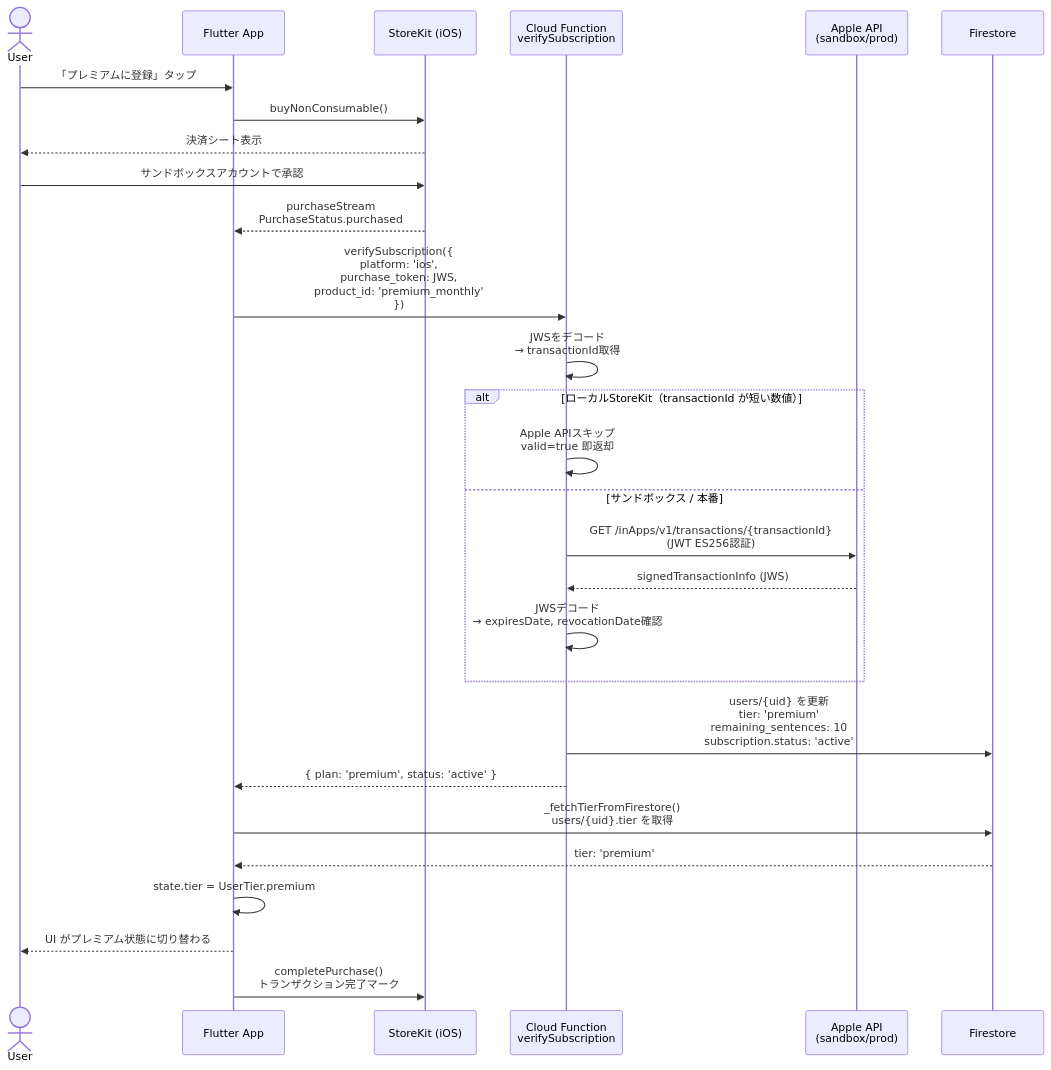
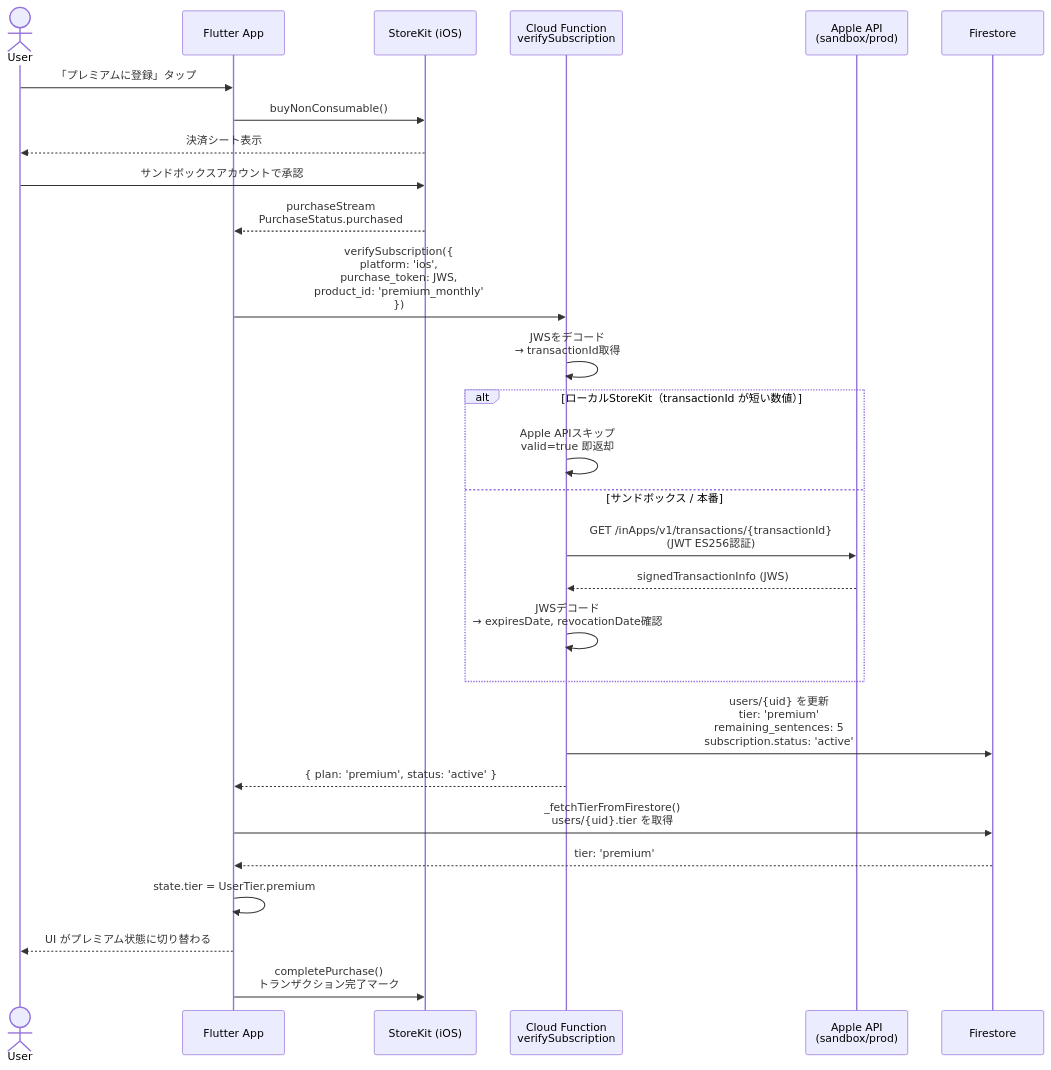
The diagram in docs/subscription_flow.md (mnbst/thai-memo), drawn with Mermaid before and after one commit. The commit also changed other lines of this file and 14 other files, not shown here.

````diff
--- a/docs/subscription_flow.md
+++ b/docs/subscription_flow.md
@@ -5,39 +5,39 @@
 ```mermaid
 sequenceDiagram
     actor User
     participant App as Flutter App
     participant StoreKit as StoreKit (iOS)
     participant CF as Cloud Function<br/>verifySubscription
     participant Apple as Apple API<br/>(sandbox/prod)
     participant FS as Firestore
 
     User->>App: 「プレミアムに登録」タップ
     App->>StoreKit: buyNonConsumable()
     StoreKit-->>User: 決済シート表示
     User->>StoreKit: サンドボックスアカウントで承認
 
     StoreKit-->>App: purchaseStream<br/>PurchaseStatus.purchased
 
     App->>CF: verifySubscription({<br/>  platform: 'ios',<br/>  purchase_token: JWS,<br/>  product_id: 'premium_monthly'<br/>})
 
     CF->>CF: JWSをデコード<br/>→ transactionId取得
 
     alt ローカルStoreKit（transactionId が短い数値）
         CF->>CF: Apple APIスキップ<br/>valid=true 即返却
     else サンドボックス / 本番
         CF->>Apple: GET /inApps/v1/transactions/{transactionId}<br/>(JWT ES256認証)
         Apple-->>CF: signedTransactionInfo (JWS)
         CF->>CF: JWSデコード<br/>→ expiresDate, revocationDate確認
     end
 
-    CF->>FS: users/{uid} を更新<br/>tier: 'premium'<br/>remaining_sentences: 10<br/>subscription.status: 'active'
+    CF->>FS: users/{uid} を更新<br/>tier: 'premium'<br/>remaining_sentences: 5<br/>subscription.status: 'active'
 
     CF-->>App: { plan: 'premium', status: 'active' }
 
     App->>FS: _fetchTierFromFirestore()<br/>users/{uid}.tier を取得
     FS-->>App: tier: 'premium'
     App->>App: state.tier = UserTier.premium
     App-->>User: UI がプレミアム状態に切り替わる
 
     App->>StoreKit: completePurchase()<br/>トランザクション完了マーク
 ```
````
